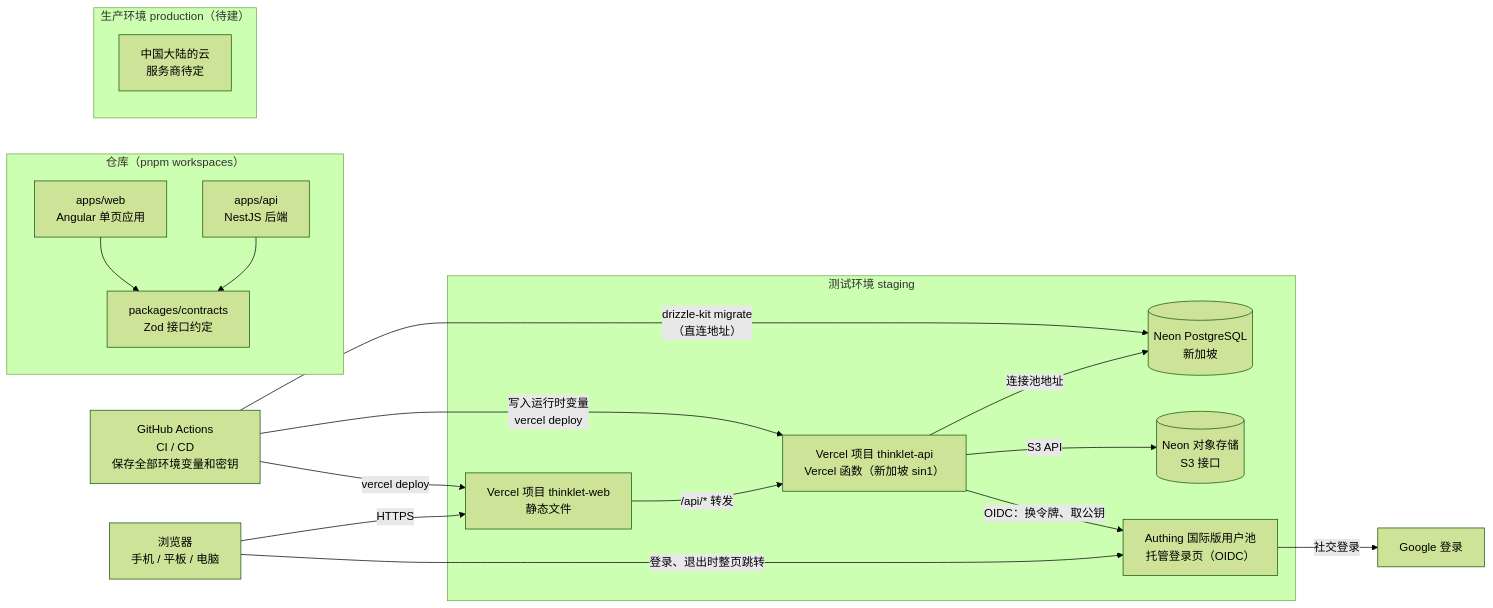
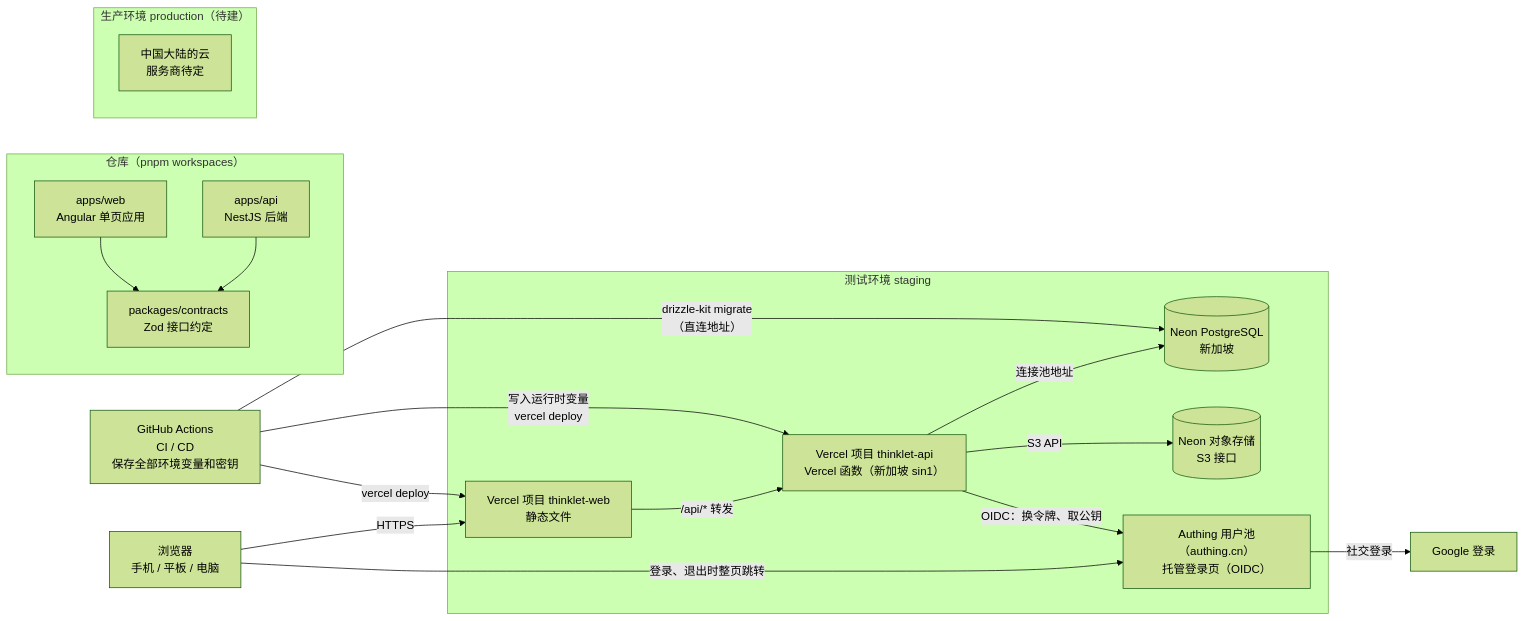
One commit to juanchaopan/thinklet changed the diagram in .docs/architecture.md. Above: the diagram before and after it, drawn with Mermaid (forest theme). The commit also changed other lines of this file and 3 other files, not shown here.

First line of the commit message:
feat(architecture): use the authing.cn user pool and log out with the ID token (#7)

````diff
--- a/.docs/architecture.md
+++ b/.docs/architecture.md
@@ -9,37 +9,37 @@
 ```mermaid
 flowchart LR
   browser["浏览器<br/>手机 / 平板 / 电脑"]
 
   subgraph repo["仓库（pnpm workspaces）"]
     web["apps/web<br/>Angular 单页应用"]
     api["apps/api<br/>NestJS 后端"]
     contracts["packages/contracts<br/>Zod 接口约定"]
   end
 
   subgraph staging["测试环境 staging"]
     vweb["Vercel 项目 thinklet-web<br/>静态文件"]
     vapi["Vercel 项目 thinklet-api<br/>Vercel 函数（新加坡 sin1）"]
     npg[("Neon PostgreSQL<br/>新加坡")]
     ns3[("Neon 对象存储<br/>S3 接口")]
-    authing["Authing 国际版用户池<br/>托管登录页（OIDC）"]
+    authing["Authing 用户池（authing.cn）<br/>托管登录页（OIDC）"]
   end
 
   subgraph production["生产环境 production（待建）"]
     cn["中国大陆的云<br/>服务商待定"]
   end
 
   google["Google 登录"]
 
   web --> contracts
   api --> contracts
   browser -->|"HTTPS"| vweb
   browser -->|"登录、退出时整页跳转"| authing
   vweb -->|"/api/* 转发"| vapi
   vapi -->|"连接池地址"| npg
   vapi -->|"S3 API"| ns3
   vapi -->|"OIDC：换令牌、取公钥"| authing
   authing -->|"社交登录"| google
   gha["GitHub Actions<br/>CI / CD<br/>保存全部环境变量和密钥"] -->|"drizzle-kit migrate<br/>（直连地址）"| npg
   gha -->|"vercel deploy"| vweb
   gha -->|"写入运行时变量<br/>vercel deploy"| vapi
 ```
````
